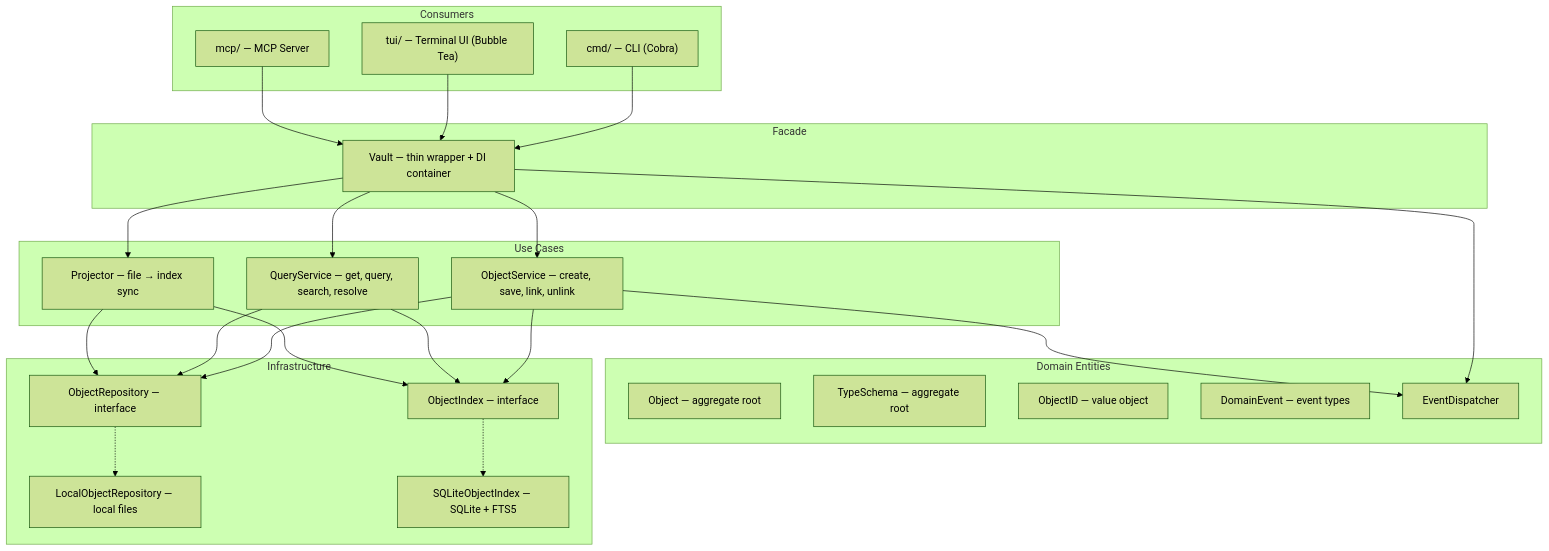
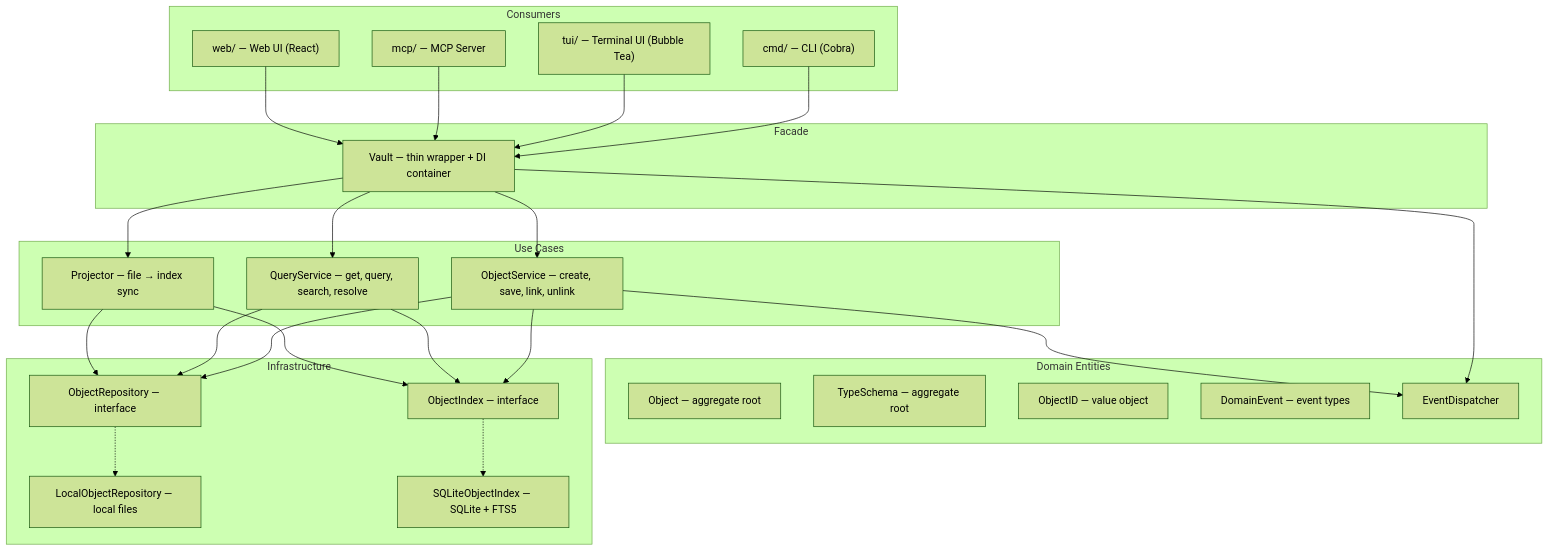
Before and after one commit to typemd/typemd: the first of 2 diagrams in websites/docs/src/content/docs/developers/architecture.md, drawn with Mermaid (forest theme). The commit also changed other lines of this file and 34 other files, not shown here.

First line of the commit message:
feat(web): add tmd serve command with REST API and React frontend (#334)

````diff
--- a/websites/docs/src/content/docs/developers/architecture.md
+++ b/websites/docs/src/content/docs/developers/architecture.md
@@ -14,50 +14,52 @@
 ```mermaid
 graph TB
     subgraph Consumers
         CMD["cmd/ — CLI (Cobra)"]
         TUI["tui/ — Terminal UI (Bubble Tea)"]
         MCP["mcp/ — MCP Server"]
+        WEB["web/ — Web UI (React)"]
     end
 
     subgraph Facade
         V["Vault — thin wrapper + DI container"]
     end
 
     subgraph Use Cases
         OS["ObjectService — create, save, link, unlink"]
         QS["QueryService — get, query, search, resolve"]
         PJ["Projector — file → index sync"]
     end
 
     subgraph Domain Entities
         OBJ["Object — aggregate root"]
         TS["TypeSchema — aggregate root"]
         OID["ObjectID — value object"]
         EVT["DomainEvent — event types"]
         ED["EventDispatcher"]
     end
 
     subgraph Infrastructure
         REPO["ObjectRepository — interface"]
         IDX["ObjectIndex — interface"]
         LR["LocalObjectRepository — local files"]
         SI["SQLiteObjectIndex — SQLite + FTS5"]
     end
 
     CMD --> V
     TUI --> V
     MCP --> V
+    WEB --> V
     V --> OS
     V --> QS
     V --> PJ
     V --> ED
     OS --> REPO
     OS --> IDX
     OS --> ED
     QS --> REPO
     QS --> IDX
     PJ --> REPO
     PJ --> IDX
     REPO -.-> LR
     IDX -.-> SI
 ```
````
